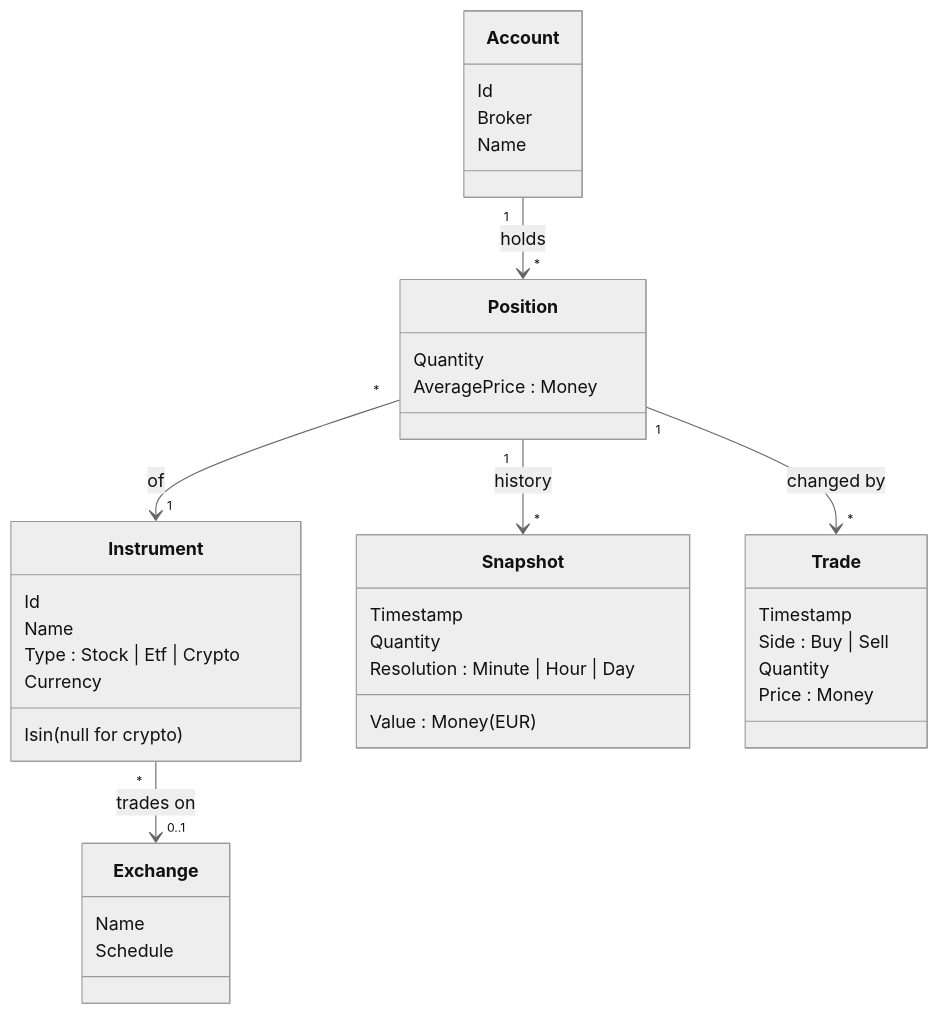
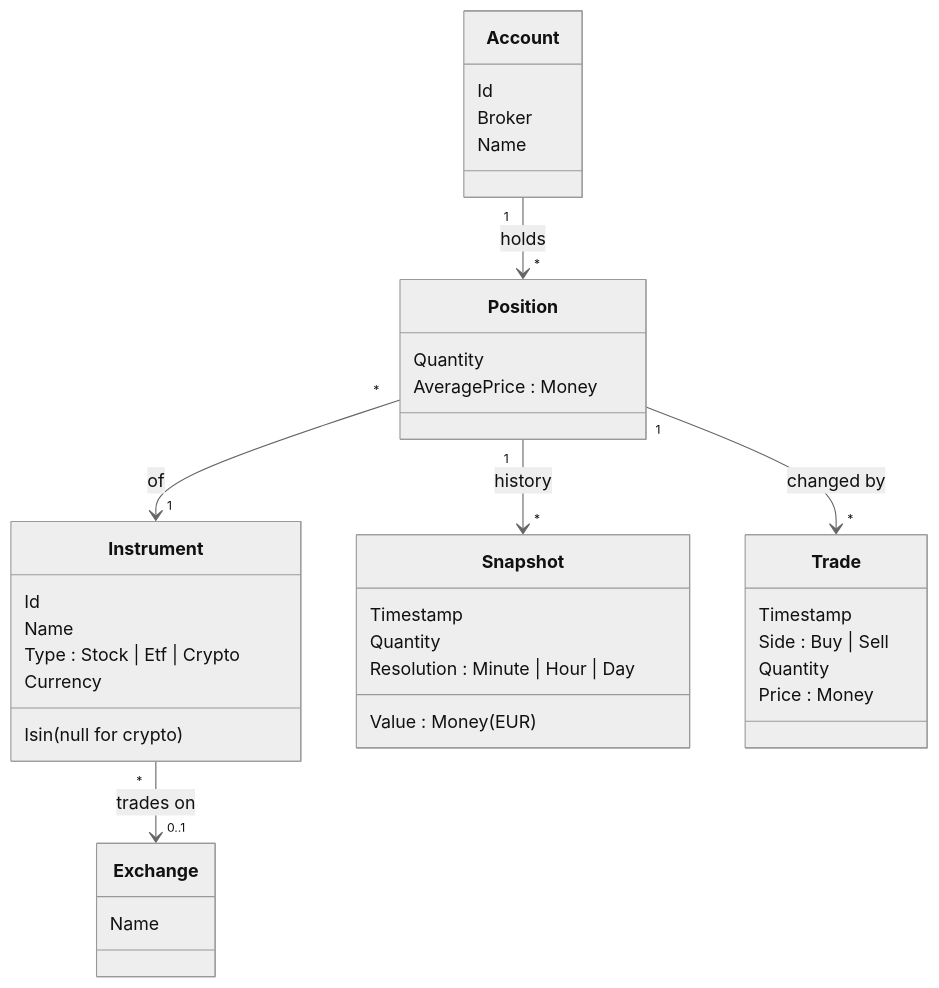
Before and after one commit to zye04/Ledgerly: the diagram in docs/domain-model.md, drawn with Mermaid (neutral theme). The commit also changed other lines of this file and 2 other files, not shown here.

````diff
--- a/docs/domain-model.md
+++ b/docs/domain-model.md
@@ -5,42 +5,41 @@
 ```mermaid
 classDiagram
     class Account {
         Id
         Broker
         Name
     }
     class Position {
         Quantity
         AveragePrice : Money
     }
     class Instrument {
         Id
         Isin (null for crypto)
         Name
         Type : Stock | Etf | Crypto
         Currency
     }
     class Exchange {
         Name
-        Schedule
     }
     class Snapshot {
         Timestamp
         Quantity
         Value : Money (EUR)
         Resolution : Minute | Hour | Day
     }
 
     class Trade {
         Timestamp
         Side : Buy | Sell
         Quantity
         Price : Money
     }
 
     Account "1" --> "*" Position : holds
     Position "*" --> "1" Instrument : of
     Instrument "*" --> "0..1" Exchange : trades on
     Position "1" --> "*" Snapshot : history
     Position "1" --> "*" Trade : changed by
 ```
````
